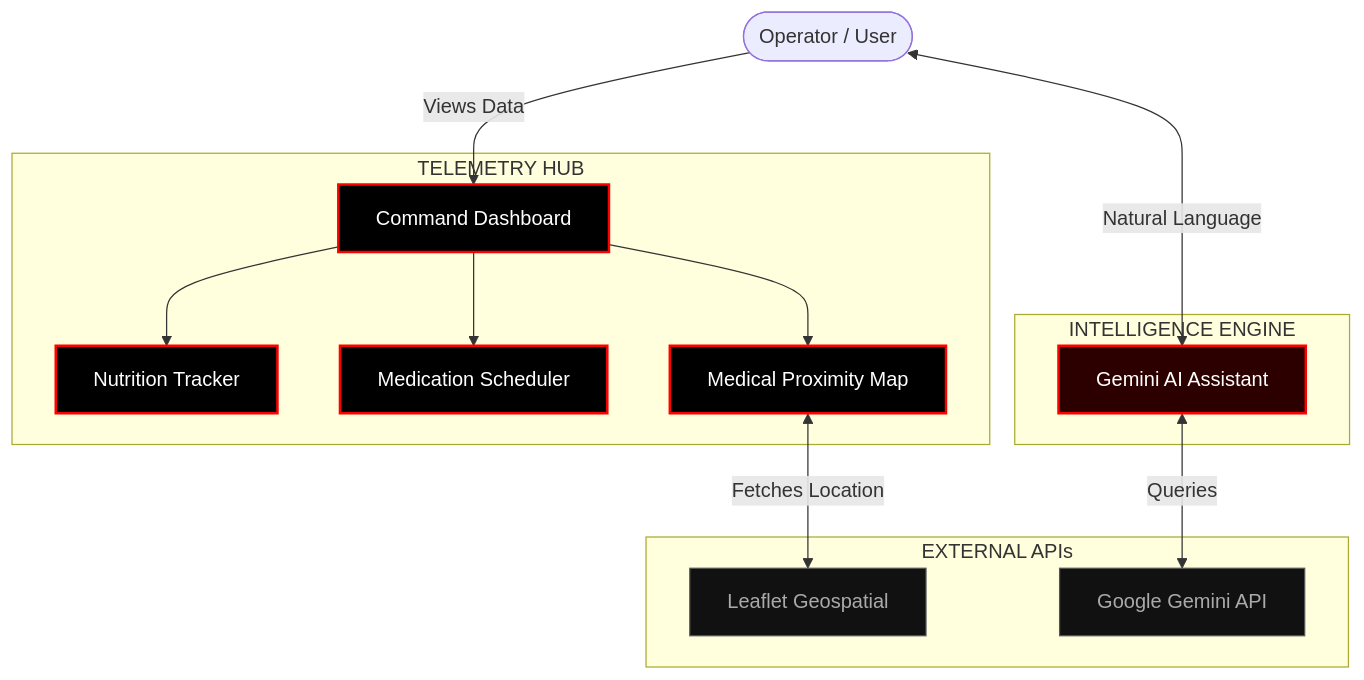
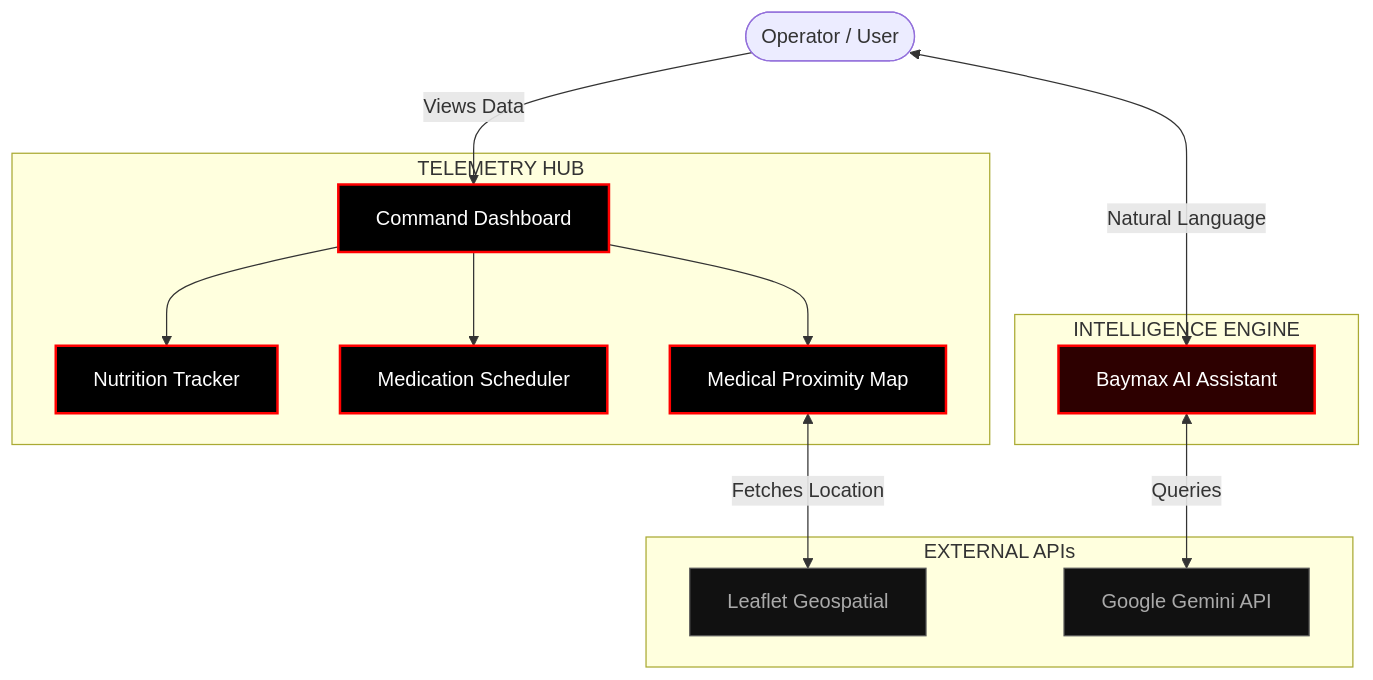
The diagram in README.md (4-thkind/Careflow), drawn with Mermaid before and after one commit. The commit also changed other lines of this file, not shown here.

````diff
--- a/README.md
+++ b/README.md
@@ -73,34 +33,34 @@
 ```mermaid
 flowchart TD
     classDef core fill:#000000,stroke:#ff0000,stroke-width:2px,color:#ffffff;
     classDef external fill:#111111,stroke:#555555,stroke-width:1px,color:#aaaaaa;
     classDef ai fill:#2d0000,stroke:#ff0000,stroke-width:2px,color:#ffffff;
 
     User([Operator / User])
     
     subgraph TELEMETRY HUB
     Dashboard[Command Dashboard]:::core
     Nutri[Nutrition Tracker]:::core
     Meds[Medication Scheduler]:::core
     Map[Medical Proximity Map]:::core
     end
     
     subgraph INTELLIGENCE ENGINE
-    Gemini[Gemini AI Assistant]:::ai
+    Baymax[Baymax AI Assistant]:::ai
     end
     
     subgraph EXTERNAL APIs
     Leaflet[Leaflet Geospatial]:::external
     GoogleGemini[Google Gemini API]:::external
     end
     
     User -->|Views Data| Dashboard
-    User <-->|Natural Language| Gemini
+    User <-->|Natural Language| Baymax
     
     Dashboard --> Nutri
     Dashboard --> Meds
     Dashboard --> Map
     
     Map <-->|Fetches Location| Leaflet
-    Gemini <-->|Queries| GoogleGemini
+    Baymax <-->|Queries| GoogleGemini
 ```
````
